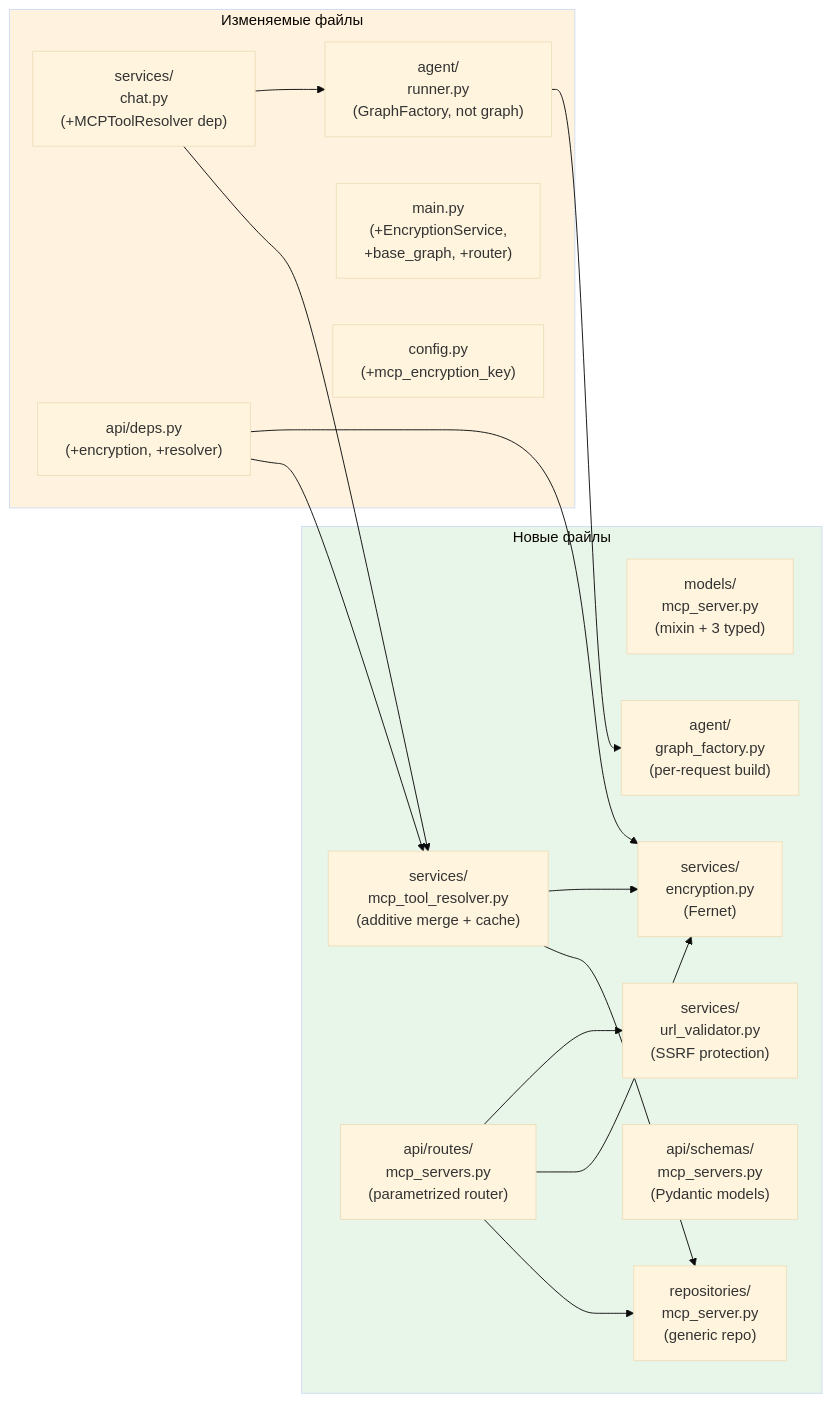
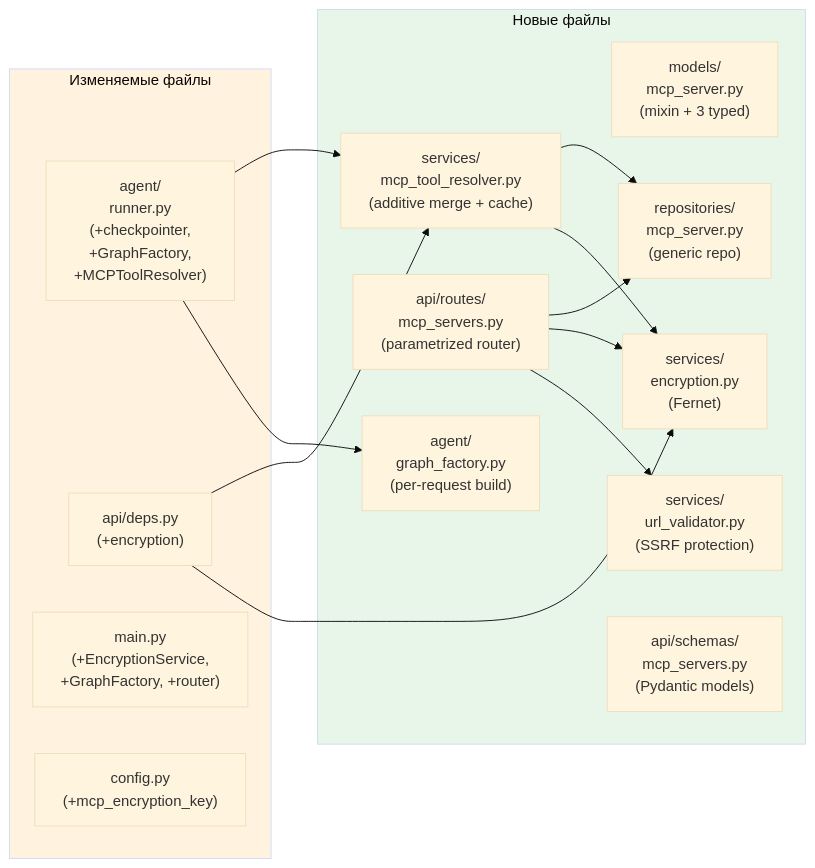
One commit to Bbar0n234/learnflow-ai changed the ninth of 10 diagrams in doc/tasks/iterations/post-mvp/feat-003-agent-config/design-brief.md. Above: the diagram before and after it, drawn with Mermaid (base theme). The commit also changed other lines of this file and 7 other files, not shown here.

````diff
--- a/doc/tasks/iterations/post-mvp/feat-003-agent-config/design-brief.md
+++ b/doc/tasks/iterations/post-mvp/feat-003-agent-config/design-brief.md
@@ -890,35 +976,33 @@
 ```mermaid
 flowchart LR
     subgraph new["Новые файлы"]
         MCP_MODEL["models/\nmcp_server.py\n(mixin + 3 typed)"]
         MCP_REPO["repositories/\nmcp_server.py\n(generic repo)"]
         MCP_RESOLVER["services/\nmcp_tool_resolver.py\n(additive merge + cache)"]
         ENCRYPT["services/\nencryption.py\n(Fernet)"]
         URL_VAL["services/\nurl_validator.py\n(SSRF protection)"]
         MCP_ROUTES["api/routes/\nmcp_servers.py\n(parametrized router)"]
         MCP_SCHEMAS["api/schemas/\nmcp_servers.py\n(Pydantic models)"]
         GRAPH_FACTORY["agent/\ngraph_factory.py\n(per-request build)"]
     end
 
     subgraph changed["Изменяемые файлы"]
-        RUNNER["agent/\nrunner.py\n(GraphFactory, not graph)"]
-        CHAT["services/\nchat.py\n(+MCPToolResolver dep)"]
-        DEPS["api/deps.py\n(+encryption, +resolver)"]
-        MAIN["main.py\n(+EncryptionService,\n+base_graph, +router)"]
+        RUNNER["agent/\nrunner.py\n(+checkpointer,\n+GraphFactory,\n+MCPToolResolver)"]
+        DEPS["api/deps.py\n(+encryption)"]
+        MAIN["main.py\n(+EncryptionService,\n+GraphFactory, +router)"]
         CONFIG["config.py\n(+mcp_encryption_key)"]
     end
 
     MCP_ROUTES --> MCP_REPO
     MCP_ROUTES --> ENCRYPT
     MCP_ROUTES --> URL_VAL
     MCP_RESOLVER --> MCP_REPO
     MCP_RESOLVER --> ENCRYPT
-    CHAT --> MCP_RESOLVER
-    CHAT --> RUNNER
+    RUNNER --> MCP_RESOLVER
     RUNNER --> GRAPH_FACTORY
     DEPS --> MCP_RESOLVER
     DEPS --> ENCRYPT
 
     style new fill:#e8f5e9
     style changed fill:#fff3e0
 ```
````
